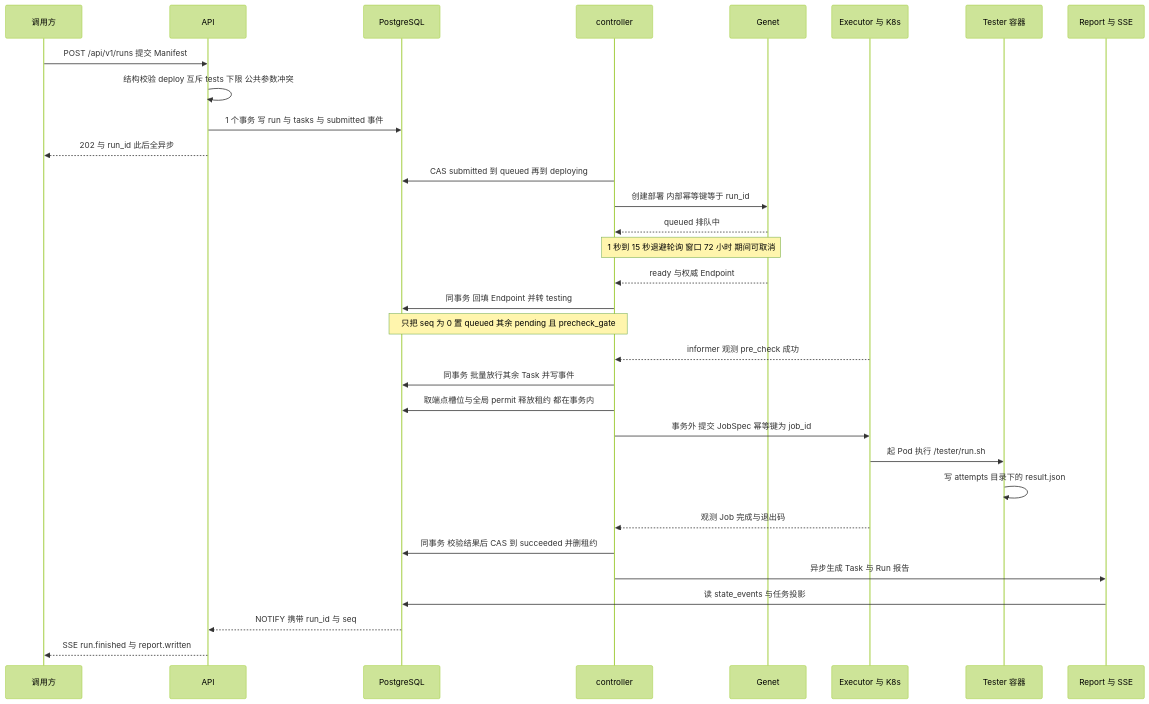
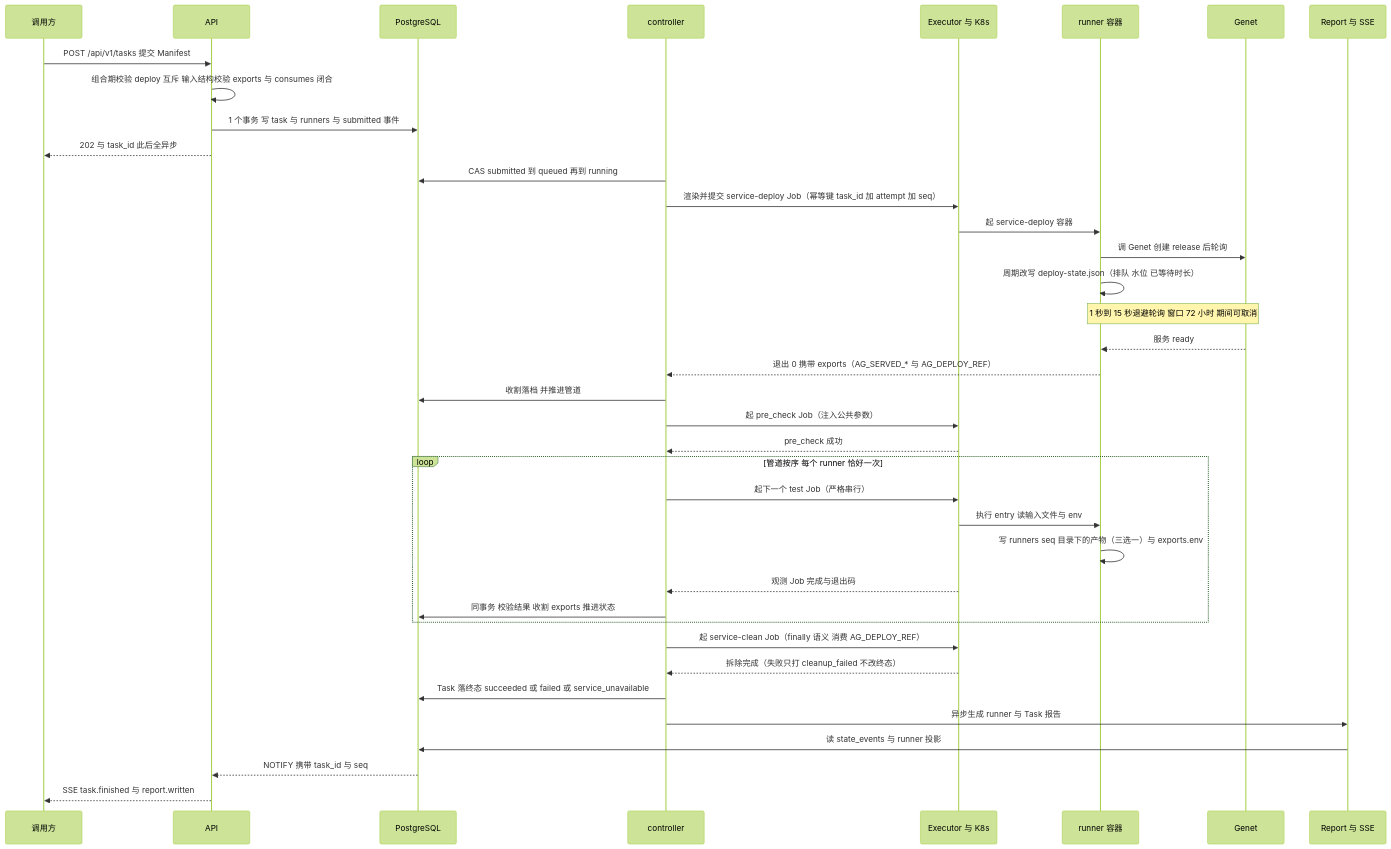
One commit to ucm-system/testplane changed the sixth of 7 diagrams in docs/design/overall-design.md. Above: the diagram before and after it, drawn with Mermaid (forest theme). The commit also changed other lines of this file and 471 other files, not shown here.

````diff
--- a/docs/design/overall-design.md
+++ b/docs/design/overall-design.md
@@ -437,34 +441,40 @@
 ```mermaid
 sequenceDiagram
   participant C as 调用方
   participant A as API
   participant DB as PostgreSQL
   participant K as controller
+  participant X as Executor 与 K8s
+  participant T as runner 容器
   participant G as Genet
-  participant X as Executor 与 K8s
-  participant T as Tester 容器
   participant W as Report 与 SSE
-  C->>A: POST /api/v1/runs 提交 Manifest
-  A->>A: 结构校验 deploy 互斥 tests 下限 公共参数冲突
-  A->>DB: 1 个事务 写 run 与 tasks 与 submitted 事件
-  A-->>C: 202 与 run_id 此后全异步
-  K->>DB: CAS submitted 到 queued 再到 deploying
-  K->>G: 创建部署 内部幂等键等于 run_id
-  G-->>K: queued 排队中
-  Note over K,G: 1 秒到 15 秒退避轮询 窗口 72 小时 期间可取消
-  G-->>K: ready 与权威 Endpoint
-  K->>DB: 同事务 回填 Endpoint 并转 testing
-  Note over K,DB: 只把 seq 为 0 置 queued 其余 pending 且 precheck_gate
-  X-->>K: informer 观测 pre_check 成功
-  K->>DB: 同事务 批量放行其余 Task 并写事件
-  K->>DB: 取端点槽位与全局 permit 释放租约 都在事务内
-  K->>X: 事务外 提交 JobSpec 幂等键为 job_id
-  X->>T: 起 Pod 执行 /tester/run.sh
-  T->>T: 写 attempts 目录下的 result.json
-  X-->>K: 观测 Job 完成与退出码
-  K->>DB: 同事务 校验结果后 CAS 到 succeeded 并删租约
-  K->>W: 异步生成 Task 与 Run 报告
-  W->>DB: 读 state_events 与任务投影
-  DB-->>A: NOTIFY 携带 run_id 与 seq
-  A-->>C: SSE run.finished 与 report.written
+  C->>A: POST /api/v1/tasks 提交 Manifest
+  A->>A: 组合期校验 deploy 互斥 输入结构校验 exports 与 consumes 闭合
+  A->>DB: 1 个事务 写 task 与 runners 与 submitted 事件
+  A-->>C: 202 与 task_id 此后全异步
+  K->>DB: CAS submitted 到 queued 再到 running
+  K->>X: 渲染并提交 service-deploy Job（幂等键 task_id 加 attempt 加 seq）
+  X->>T: 起 service-deploy 容器
+  T->>G: 调 Genet 创建 release 后轮询
+  T->>T: 周期改写 deploy-state.json（排队 水位 已等待时长）
+  Note over T,G: 1 秒到 15 秒退避轮询 窗口 72 小时 期间可取消
+  G-->>T: 服务 ready
+  T-->>K: 退出 0 携带 exports（AG_SERVED_* 与 AG_DEPLOY_REF）
+  K->>DB: 收割落档 并推进管道
+  K->>X: 起 pre_check Job（注入公共参数）
+  X-->>K: pre_check 成功
+  loop 管道按序 每个 runner 恰好一次
+    K->>X: 起下一个 test Job（严格串行）
+    X->>T: 执行 entry 读输入文件与 env
+    T->>T: 写 runners seq 目录下的产物（三选一）与 exports.env
+    X-->>K: 观测 Job 完成与退出码
+    K->>DB: 同事务 校验结果 收割 exports 推进状态
+  end
+  K->>X: 起 service-clean Job（finally 语义 消费 AG_DEPLOY_REF）
+  X-->>K: 拆除完成（失败只打 cleanup_failed 不改终态）
+  K->>DB: Task 落终态 succeeded 或 failed 或 service_unavailable
+  K->>W: 异步生成 runner 与 Task 报告
+  W->>DB: 读 state_events 与 runner 投影
+  DB-->>A: NOTIFY 携带 task_id 与 seq
+  A-->>C: SSE task.finished 与 report.written
 ```
````
